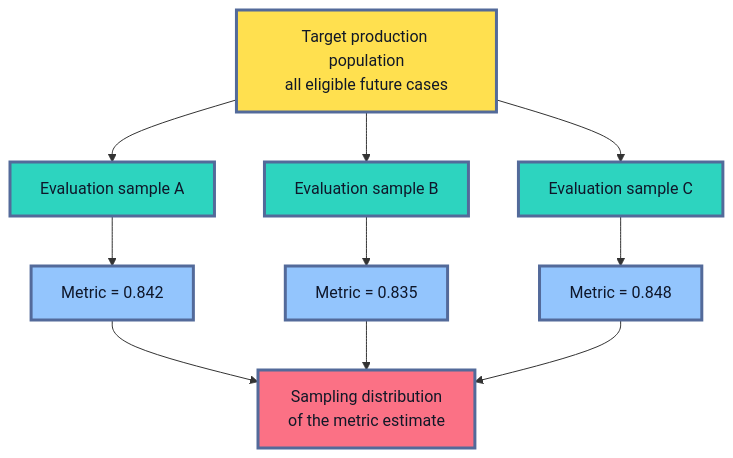
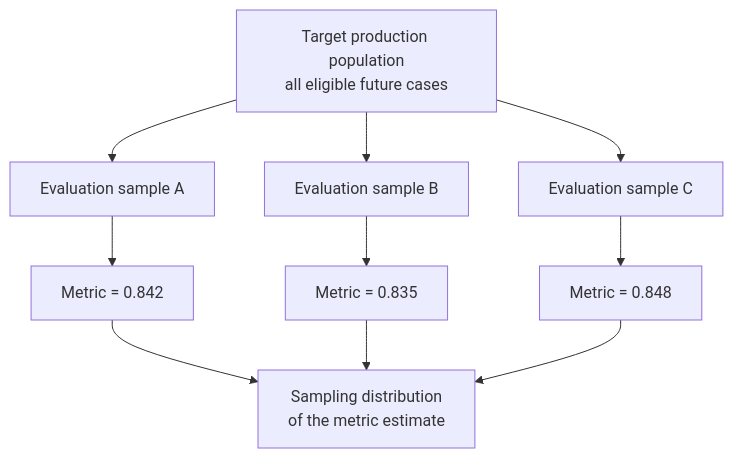
Before and after one commit to senlinyy/dev-roadmaps: the first of 10 diagrams in roadmaps/mlops/modules/model-evaluation/offline-evaluation/05-statistical-uncertainty-and-paired-comparisons.md, drawn with Mermaid. The commit also changed other lines of this file and 152 other files, not shown here.

Commit message:
feat: mlops and diagrams updated

````diff
--- a/roadmaps/mlops/modules/model-evaluation/offline-evaluation/05-statistical-uncertainty-and-paired-comparisons.md
+++ b/roadmaps/mlops/modules/model-evaluation/offline-evaluation/05-statistical-uncertainty-and-paired-comparisons.md
@@ -51,21 +51,17 @@
 ```mermaid
 flowchart TD
     A["Target production population<br/>all eligible future cases"] --> B["Evaluation sample A"]
     A --> C["Evaluation sample B"]
     A --> D["Evaluation sample C"]
     B --> E["Metric = 0.842"]
     C --> F["Metric = 0.835"]
     D --> G["Metric = 0.848"]
     E --> H["Sampling distribution<br/>of the metric estimate"]
     F --> H
     G --> H
 
-    classDef population fill:#FFE04F,stroke:#536A9A,stroke-width:3px,color:#111827
-    classDef sample fill:#2DD4BF,stroke:#536A9A,stroke-width:3px,color:#0F172A
-    classDef score fill:#93C5FD,stroke:#536A9A,stroke-width:3px,color:#0F172A
-    classDef distribution fill:#FB7185,stroke:#536A9A,stroke-width:3px,color:#111827
     class A population
     class B,C,D sample
     class E,F,G score
     class H distribution
 ```
````
